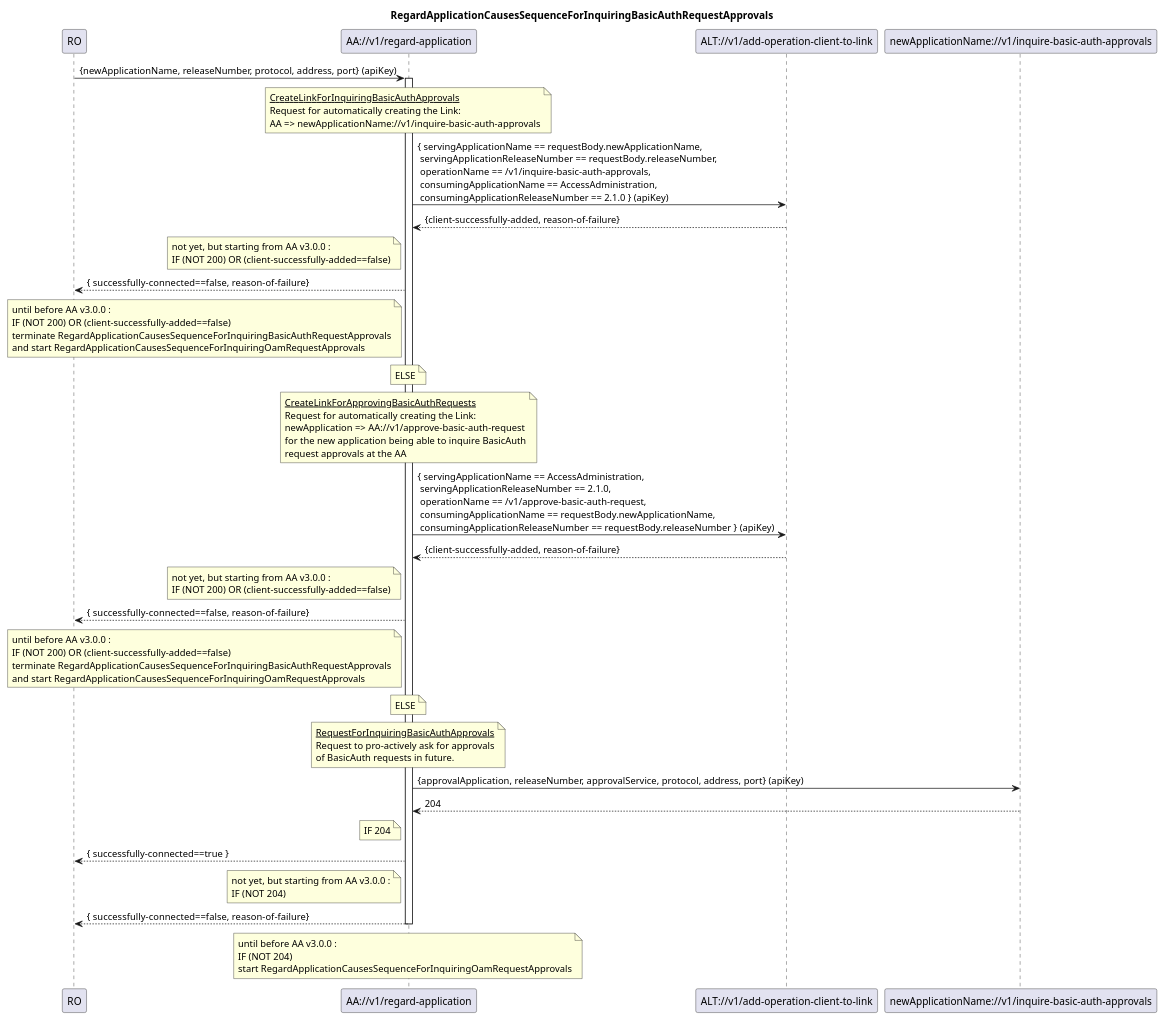
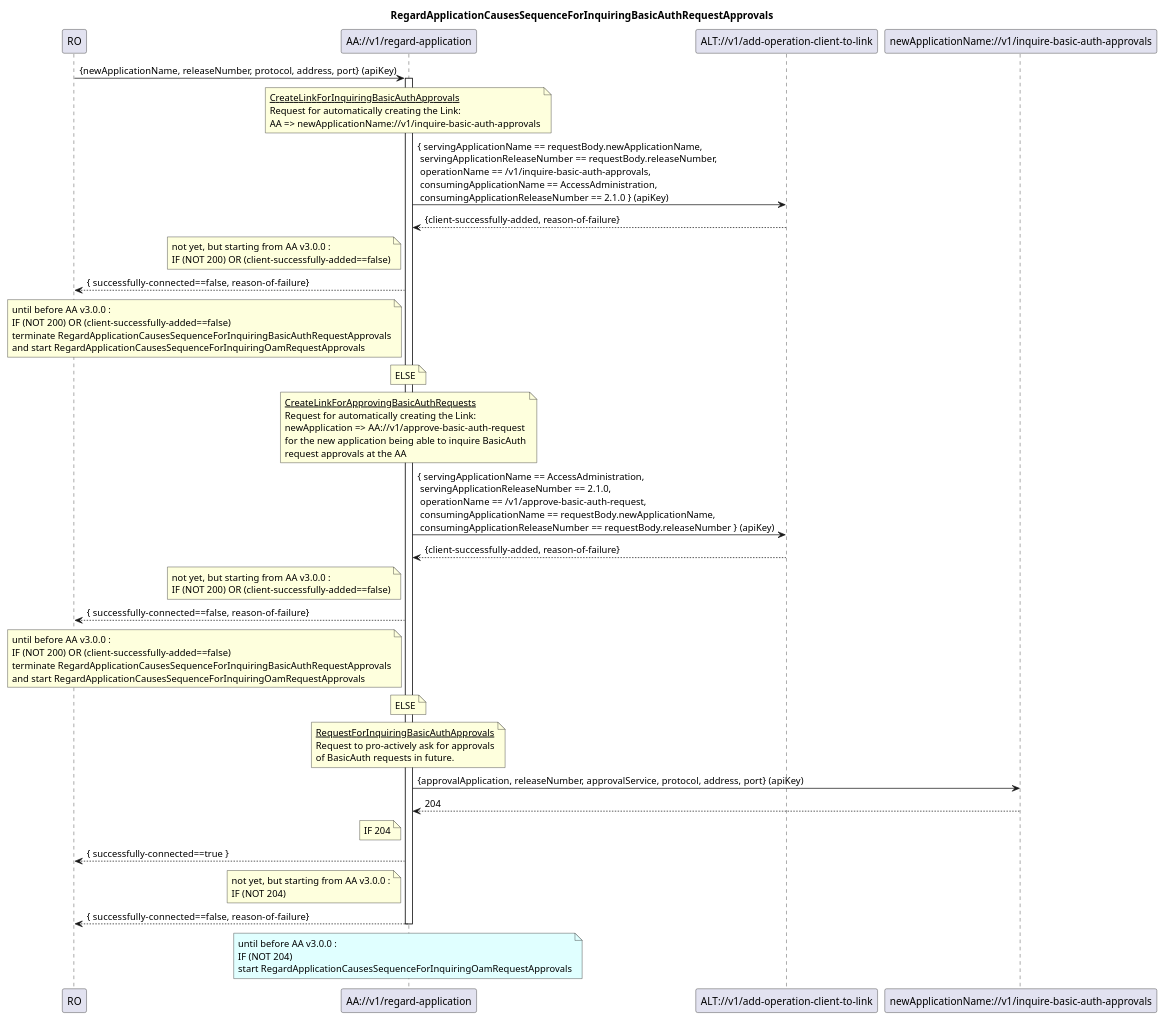
One commit to openBackhaul/AdministratorAdministration changed the diagram in spec/diagrams/is001_regardApplicationCausesBasicAuthSequence.plantuml. Above: the diagram before and after it, drawn with PlantUML. The commit also changed 6 other files, not shown here.

```diff
--- a/spec/diagrams/is001_regardApplicationCausesBasicAuthSequence.plantuml
+++ b/spec/diagrams/is001_regardApplicationCausesBasicAuthSequence.plantuml
@@ -1,95 +1,95 @@
 @startuml is001_regardApplicationCausesBasicAuthSequence
 skinparam responseMessageBelowArrow true
 
 title
 RegardApplicationCausesSequenceForInquiringBasicAuthRequestApprovals
 end title
 
 participant "RO" as ro
 participant "AA://v1/regard-application" as aa
 participant "ALT://v1/add-operation-client-to-link" as alt
 participant "newApplicationName://v1/inquire-basic-auth-approvals" as newApplicationFuture
 
 ro -> aa : {newApplicationName, releaseNumber, protocol, address, port} (apiKey)
 activate aa
 
 note over aa
 <u>CreateLinkForInquiringBasicAuthApprovals</u>
 Request for automatically creating the Link:
 AA => newApplicationName://v1/inquire-basic-auth-approvals
 end note
 aa -> alt : { servingApplicationName == requestBody.newApplicationName,\n servingApplicationReleaseNumber == requestBody.releaseNumber,\n operationName == /v1/inquire-basic-auth-approvals,\n consumingApplicationName == AccessAdministration,\n consumingApplicationReleaseNumber == 2.1.0 } (apiKey)
 alt --> aa : {client-successfully-added, reason-of-failure}
 
 note left aa
 not yet, but starting from AA v3.0.0 :
 IF (NOT 200) OR (client-successfully-added==false)
 end note
 aa --> ro : { successfully-connected==false,  reason-of-failure}
 
 note left aa
 until before AA v3.0.0 :
 IF (NOT 200) OR (client-successfully-added==false)
 terminate RegardApplicationCausesSequenceForInquiringBasicAuthRequestApprovals
 and start RegardApplicationCausesSequenceForInquiringOamRequestApprovals
 end note
 
 note over aa
 ELSE
 end note
 
 note over aa
 <u>CreateLinkForApprovingBasicAuthRequests</u>
 Request for automatically creating the Link:
 newApplication => AA://v1/approve-basic-auth-request
 for the new application being able to inquire BasicAuth
 request approvals at the AA
 end note
 aa -> alt : { servingApplicationName == AccessAdministration,\n servingApplicationReleaseNumber == 2.1.0,\n operationName == /v1/approve-basic-auth-request,\n consumingApplicationName == requestBody.newApplicationName,\n consumingApplicationReleaseNumber == requestBody.releaseNumber } (apiKey)
 alt --> aa : {client-successfully-added, reason-of-failure}
 
 note left aa
 not yet, but starting from AA v3.0.0 :
 IF (NOT 200) OR (client-successfully-added==false)
 end note
 aa --> ro : { successfully-connected==false,  reason-of-failure}
 
 note left aa
 until before AA v3.0.0 :
 IF (NOT 200) OR (client-successfully-added==false)
 terminate RegardApplicationCausesSequenceForInquiringBasicAuthRequestApprovals
 and start RegardApplicationCausesSequenceForInquiringOamRequestApprovals
 end note
 
 note over aa
 ELSE
 end note
 
 note over aa
 <u>RequestForInquiringBasicAuthApprovals</u>
 Request to pro-actively ask for approvals
 of BasicAuth requests in future.
 end note
 aa -> newApplicationFuture : {approvalApplication, releaseNumber, approvalService, protocol, address, port} (apiKey)
 newApplicationFuture --> aa : 204
 
 note left aa
 IF 204
 end note
 aa --> ro : { successfully-connected==true }
 
 note left aa
 not yet, but starting from AA v3.0.0 :
 IF (NOT 204)
 end note
 aa --> ro : { successfully-connected==false,  reason-of-failure}
 
 deactivate aa
 
-note over aa
+note over aa #LightCyan
 until before AA v3.0.0 :
 IF (NOT 204)
 start RegardApplicationCausesSequenceForInquiringOamRequestApprovals
 end note
 
 @enduml
```
